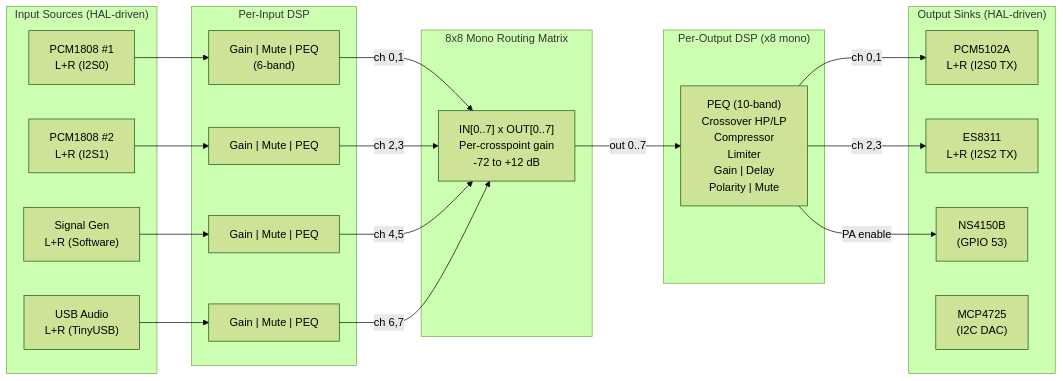
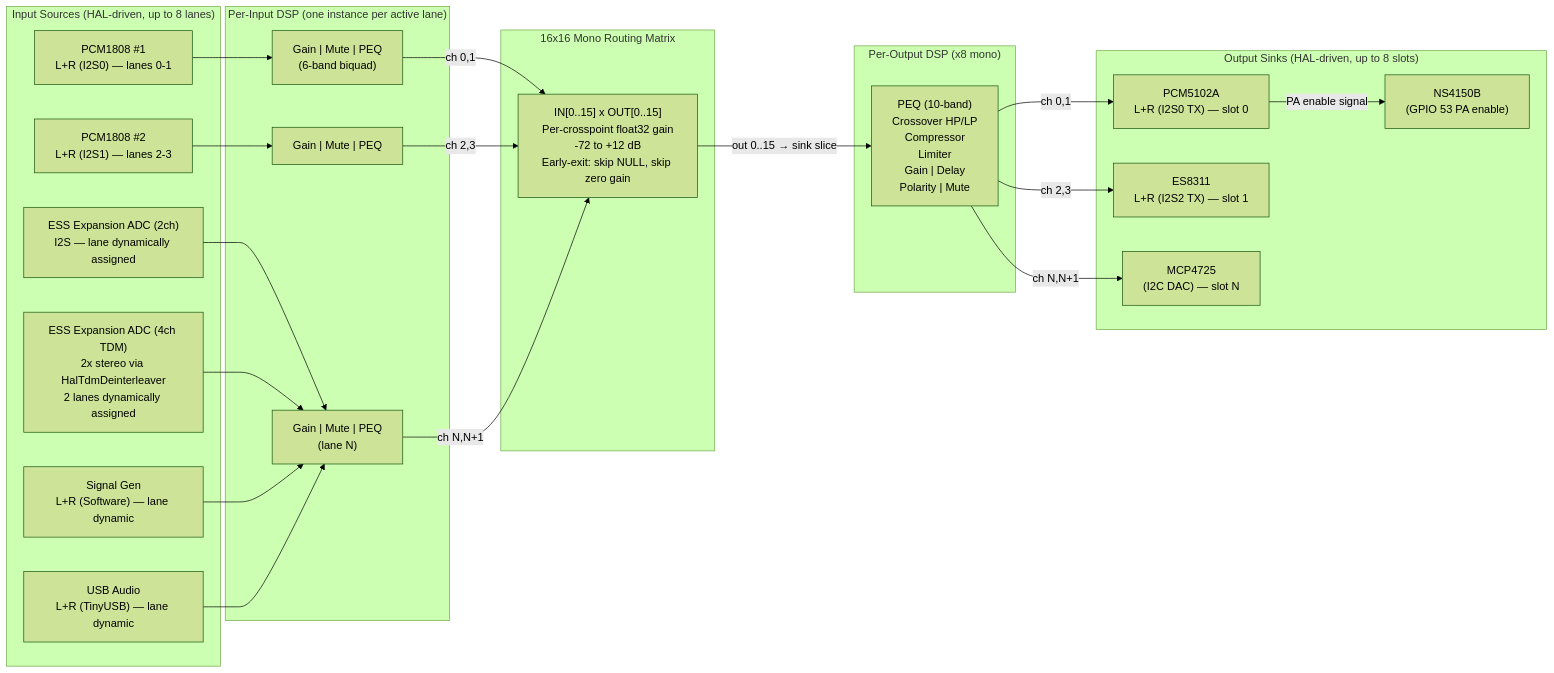
Before and after one commit to Schmackos/ALX_Nova_Controller_2: the diagram in docs-internal/planning/audio-tab-signal-flow.mmd, drawn with Mermaid (forest theme). The commit also changed 4 other files, not shown here.

First line of the commit message:
docs: update README, diagrams for 8-lane pipeline, ESS SABRE, memory pressure

```diff
--- a/docs-internal/planning/audio-tab-signal-flow.mmd
+++ b/docs-internal/planning/audio-tab-signal-flow.mmd
@@ -1,44 +1,47 @@
 graph LR
-    subgraph INPUTS["Input Sources (HAL-driven)"]
-        ADC1["PCM1808 #1<br/>L+R (I2S0)"]
-        ADC2["PCM1808 #2<br/>L+R (I2S1)"]
-        SIG["Signal Gen<br/>L+R (Software)"]
-        USB["USB Audio<br/>L+R (TinyUSB)"]
+    subgraph INPUTS["Input Sources (HAL-driven, up to 8 lanes)"]
+        ADC1["PCM1808 #1<br/>L+R (I2S0) — lanes 0-1"]
+        ADC2["PCM1808 #2<br/>L+R (I2S1) — lanes 2-3"]
+        ESS2["ESS Expansion ADC (2ch)<br/>I2S — lane dynamically assigned"]
+        ESS4["ESS Expansion ADC (4ch TDM)<br/>2x stereo via HalTdmDeinterleaver<br/>2 lanes dynamically assigned"]
+        SIG["Signal Gen<br/>L+R (Software) — lane dynamic"]
+        USB["USB Audio<br/>L+R (TinyUSB) — lane dynamic"]
     end
 
-    subgraph INPUT_DSP["Per-Input DSP"]
-        IDSP0["Gain | Mute | PEQ<br/>(6-band)"]
+    subgraph INPUT_DSP["Per-Input DSP (one instance per active lane)"]
+        IDSP0["Gain | Mute | PEQ<br/>(6-band biquad)"]
         IDSP1["Gain | Mute | PEQ"]
-        IDSP2["Gain | Mute | PEQ"]
-        IDSP3["Gain | Mute | PEQ"]
+        IDSPn["Gain | Mute | PEQ<br/>(lane N)"]
     end
 
-    subgraph MATRIX["8x8 Mono Routing Matrix"]
-        MTX["IN[0..7] x OUT[0..7]<br/>Per-crosspoint gain<br/>-72 to +12 dB"]
+    subgraph MATRIX["16x16 Mono Routing Matrix"]
+        MTX["IN[0..15] x OUT[0..15]<br/>Per-crosspoint float32 gain<br/>-72 to +12 dB<br/>Early-exit: skip NULL, skip zero gain"]
     end
 
     subgraph OUTPUT_DSP["Per-Output DSP (x8 mono)"]
         ODSP["PEQ (10-band)<br/>Crossover HP/LP<br/>Compressor<br/>Limiter<br/>Gain | Delay<br/>Polarity | Mute"]
     end
 
-    subgraph OUTPUTS["Output Sinks (HAL-driven)"]
-        DAC1["PCM5102A<br/>L+R (I2S0 TX)"]
-        DAC2["ES8311<br/>L+R (I2S2 TX)"]
-        AMP["NS4150B<br/>(GPIO 53)"]
-        MCP["MCP4725<br/>(I2C DAC)"]
+    subgraph OUTPUTS["Output Sinks (HAL-driven, up to 8 slots)"]
+        DAC1["PCM5102A<br/>L+R (I2S0 TX) — slot 0"]
+        DAC2["ES8311<br/>L+R (I2S2 TX) — slot 1"]
+        AMP["NS4150B<br/>(GPIO 53 PA enable)"]
+        MCP["MCP4725<br/>(I2C DAC) — slot N"]
     end
 
     ADC1 --> IDSP0
     ADC2 --> IDSP1
-    SIG --> IDSP2
-    USB --> IDSP3
+    ESS2 --> IDSPn
+    ESS4 --> IDSPn
+    SIG --> IDSPn
+    USB --> IDSPn
 
     IDSP0 -->|"ch 0,1"| MTX
     IDSP1 -->|"ch 2,3"| MTX
-    IDSP2 -->|"ch 4,5"| MTX
-    IDSP3 -->|"ch 6,7"| MTX
+    IDSPn -->|"ch N,N+1"| MTX
 
-    MTX -->|"out 0..7"| ODSP
+    MTX -->|"out 0..15 → sink slice"| ODSP
     ODSP -->|"ch 0,1"| DAC1
     ODSP -->|"ch 2,3"| DAC2
-    ODSP -->|"PA enable"| AMP
+    ODSP -->|"ch N,N+1"| MCP
+    DAC1 -->|"PA enable signal"| AMP
```
